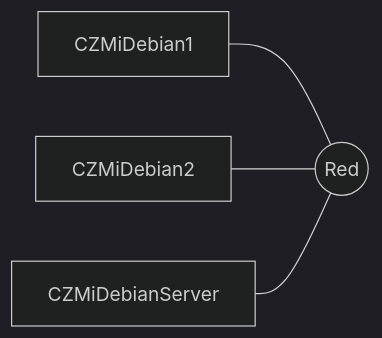
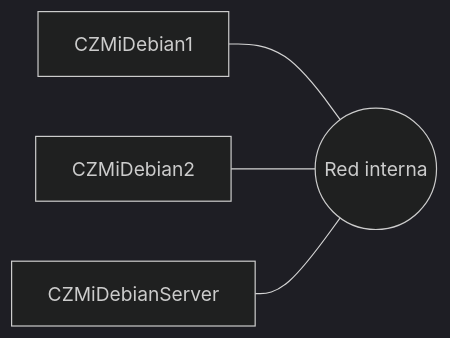
The diagram in 3/3.1/xi/practica/xi-vbox.md (Adega318/uni-apuntes), drawn with Mermaid (dark theme) before and after one commit. The commit also changed other lines of this file, not shown here.

````diff
--- a/3/3.1/xi/practica/xi-vbox.md
+++ b/3/3.1/xi/practica/xi-vbox.md
@@ -1,10 +2,10 @@
 ```mermaid
 flowchart LR
 	D1[CZMiDebian1]
 	D2[CZMiDebian2]
 	DS[CZMiDebianServer]
-	R((Red))
+	R((Red interna))
 	D1---R
 	D2---R
 	DS---R
 ```
````
